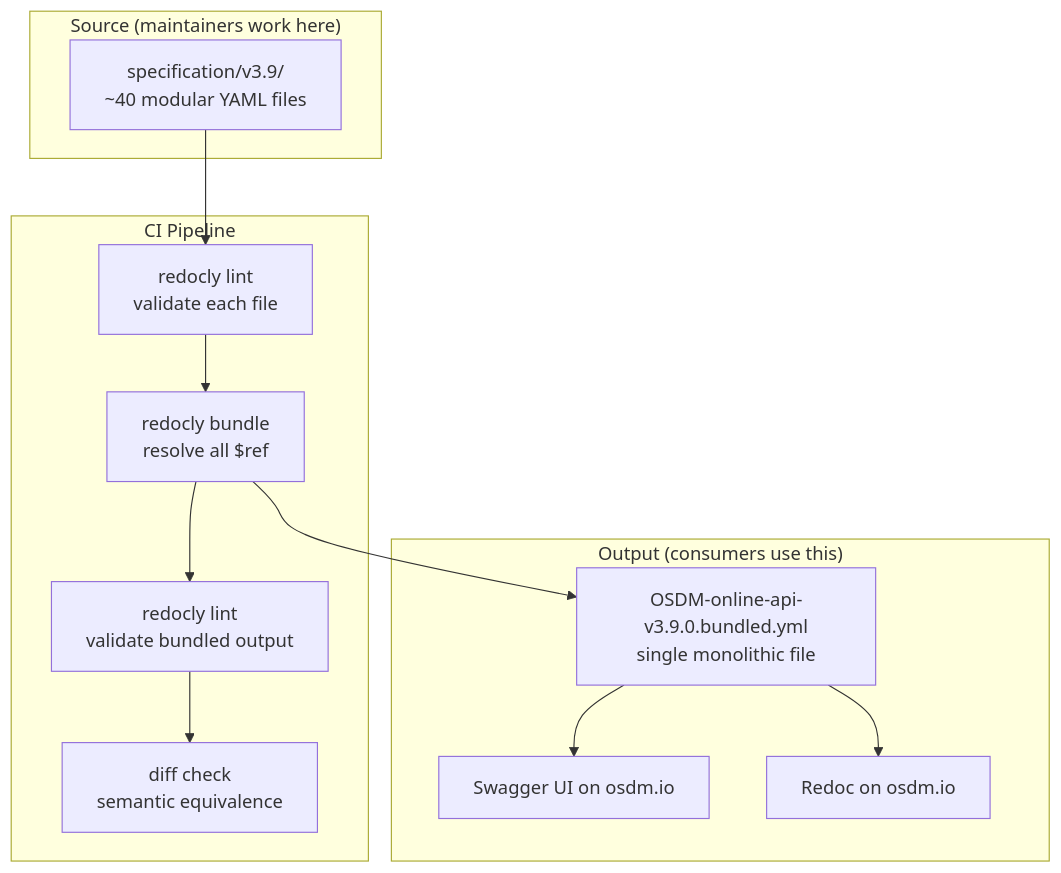
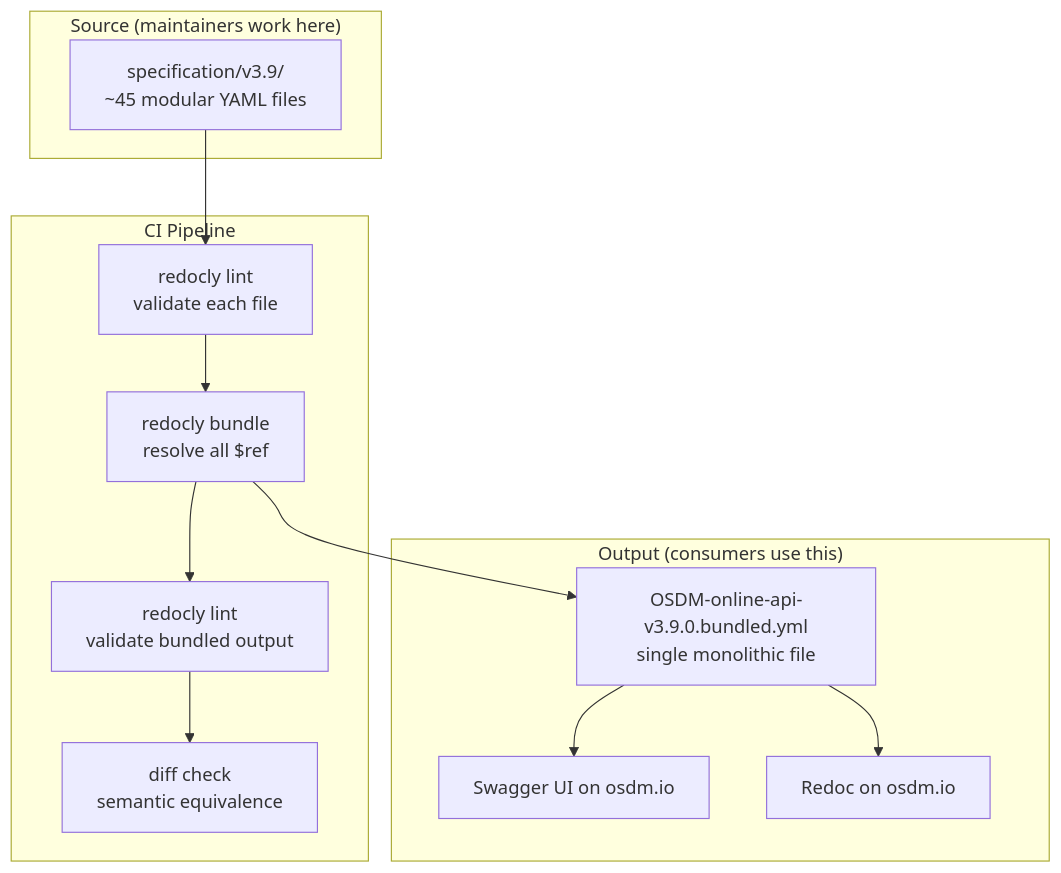
One commit to UnionInternationalCheminsdeFer/OSDM changed diagram 12 of 14 in specification/v3.9/modularization.md. Above: the diagram before and after it, drawn with Mermaid. The commit also changed other lines of this file, not shown here.

Commit message:
feat: update modularization documentation with revised directory structure and schema details

````diff
--- a/specification/v3.9/modularization.md
+++ b/specification/v3.9/modularization.md
@@ -178,24 +1143,24 @@
 ```mermaid
 graph TD
     subgraph "Source (maintainers work here)"
-        SRC["specification/v3.9/<br/>~40 modular YAML files"]
+        SRC["specification/v3.9/<br/>~45 modular YAML files"]
     end
 
     subgraph "CI Pipeline"
         LINT["redocly lint<br/>validate each file"]
         BUNDLE["redocly bundle<br/>resolve all $ref"]
         LINT2["redocly lint<br/>validate bundled output"]
         DIFF["diff check<br/>semantic equivalence"]
     end
 
     subgraph "Output (consumers use this)"
         BUNDLED["OSDM-online-api-v3.9.0.bundled.yml<br/>single monolithic file"]
         SWAGGER["Swagger UI on osdm.io"]
         REDOC["Redoc on osdm.io"]
     end
 
     SRC --> LINT --> BUNDLE --> LINT2 --> DIFF
     BUNDLE --> BUNDLED
     BUNDLED --> SWAGGER
     BUNDLED --> REDOC
 ```
````
